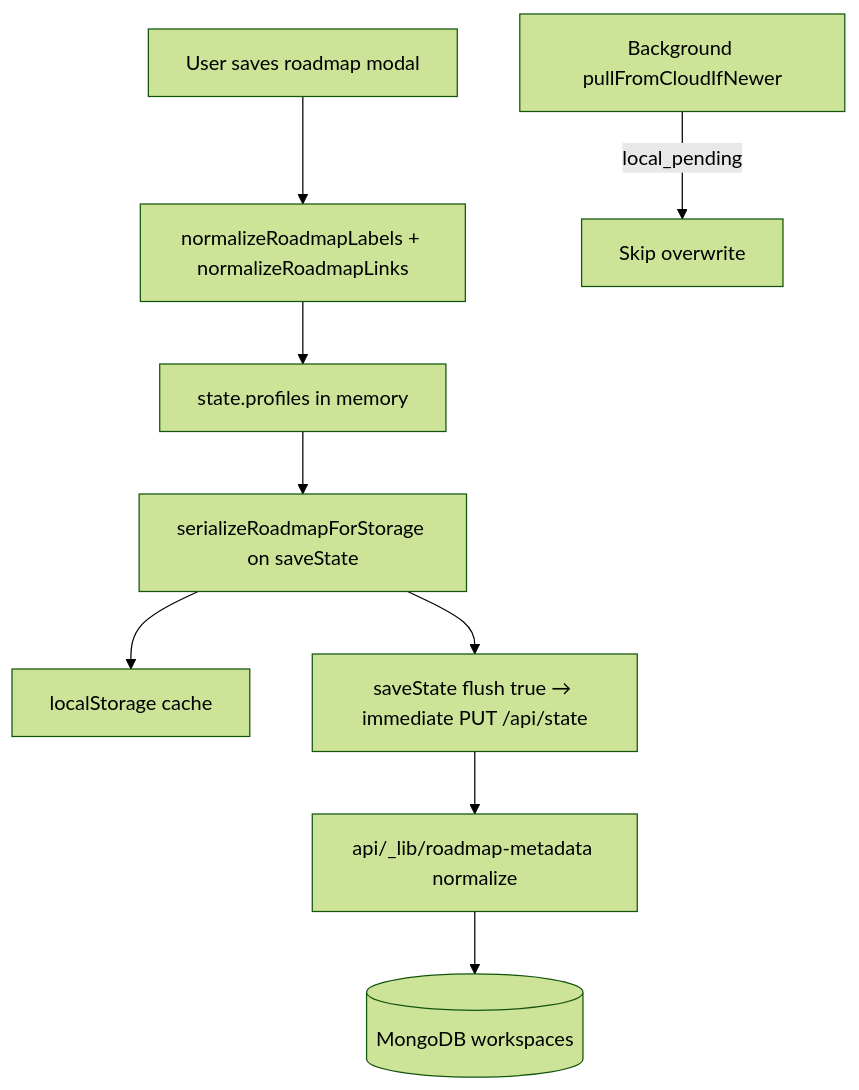
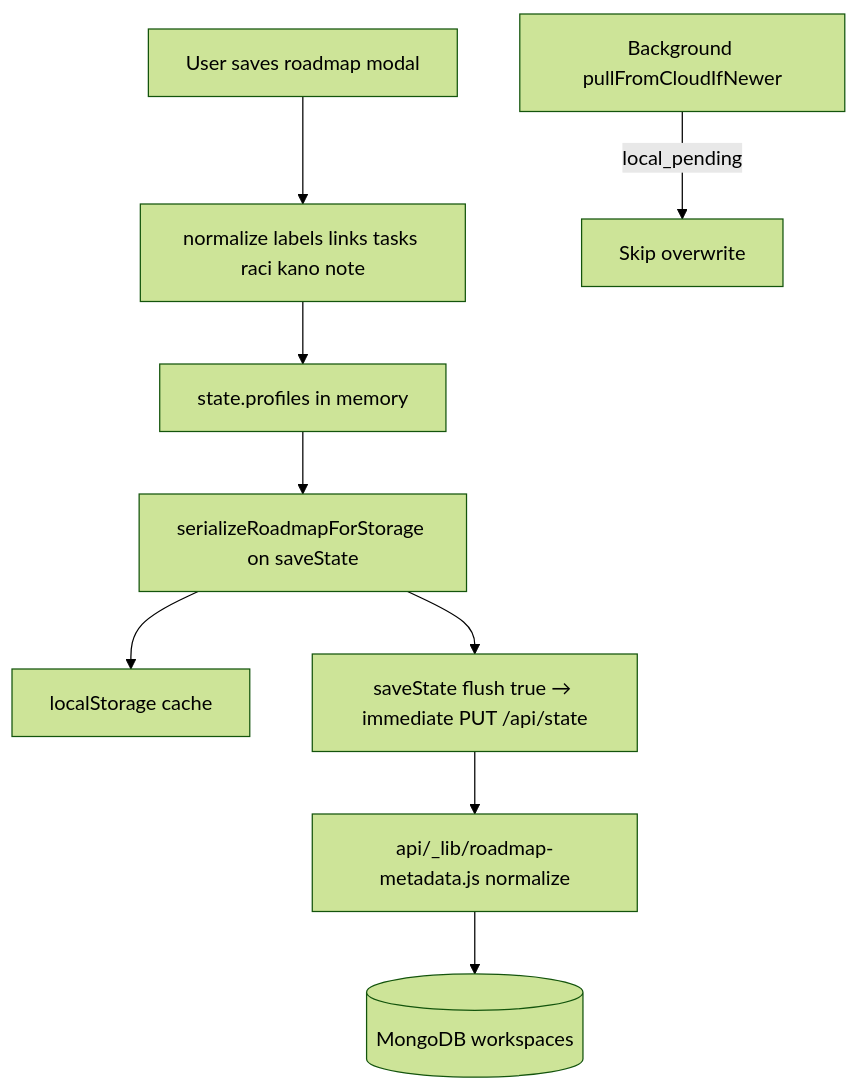
The tenth of 16 diagrams in docs/VARIABLES.md (RifqiMT/pm-prioritization-tool), drawn with Mermaid (forest theme) before and after one commit. The commit also changed other lines of this file and 26 other files, not shown here.

````diff
--- a/docs/VARIABLES.md
+++ b/docs/VARIABLES.md
@@ -356,11 +361,11 @@
 ```mermaid
 flowchart TD
-  EDIT[User saves roadmap modal] --> NORM[normalizeRoadmapLabels + normalizeRoadmapLinks]
+  EDIT[User saves roadmap modal] --> NORM[normalize labels links tasks raci kano note]
   NORM --> MEM[state.profiles in memory]
   MEM --> SER[serializeRoadmapForStorage on saveState]
   SER --> CACHE[localStorage cache]
   SER --> FLUSH[saveState flush true → immediate PUT /api/state]
-  FLUSH --> API[api/_lib/roadmap-metadata normalize]
+  FLUSH --> API[api/_lib/roadmap-metadata.js normalize]
   API --> MONGO[(MongoDB workspaces)]
   PULL[Background pullFromCloudIfNewer] -->|local_pending| SKIP[Skip overwrite]
 ```
````
